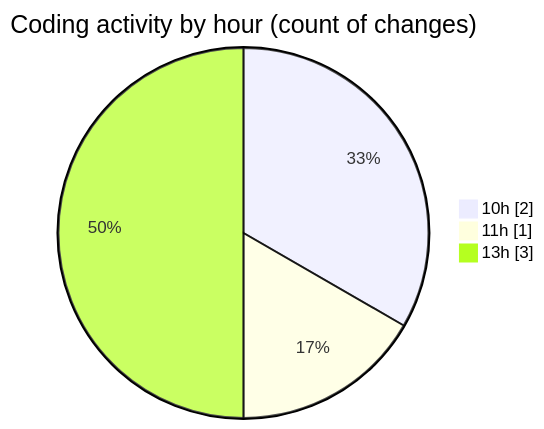
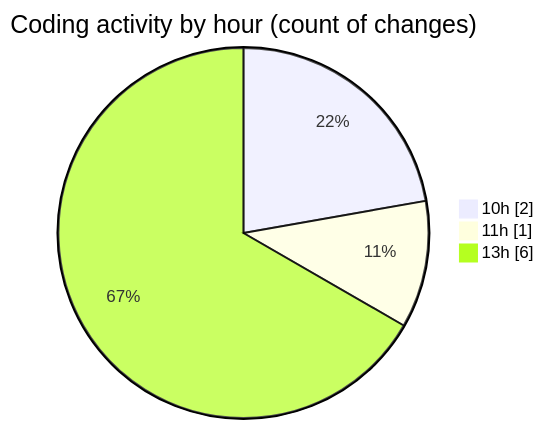
Before and after one commit to LanceThiago/code-tracking: the second of 2 diagrams in 2025-04-14/web/README.md, drawn with Mermaid. The commit also changed other lines of this file and 1 other file, not shown here.

````diff
--- a/2025-04-14/web/README.md
+++ b/2025-04-14/web/README.md
@@ -29,7 +29,7 @@
 ```mermaid
 pie showData
 title Coding activity by hour (count of changes)
 "10h" : 2
 "11h" : 1
-"13h" : 3
+"13h" : 6
 ```
````
